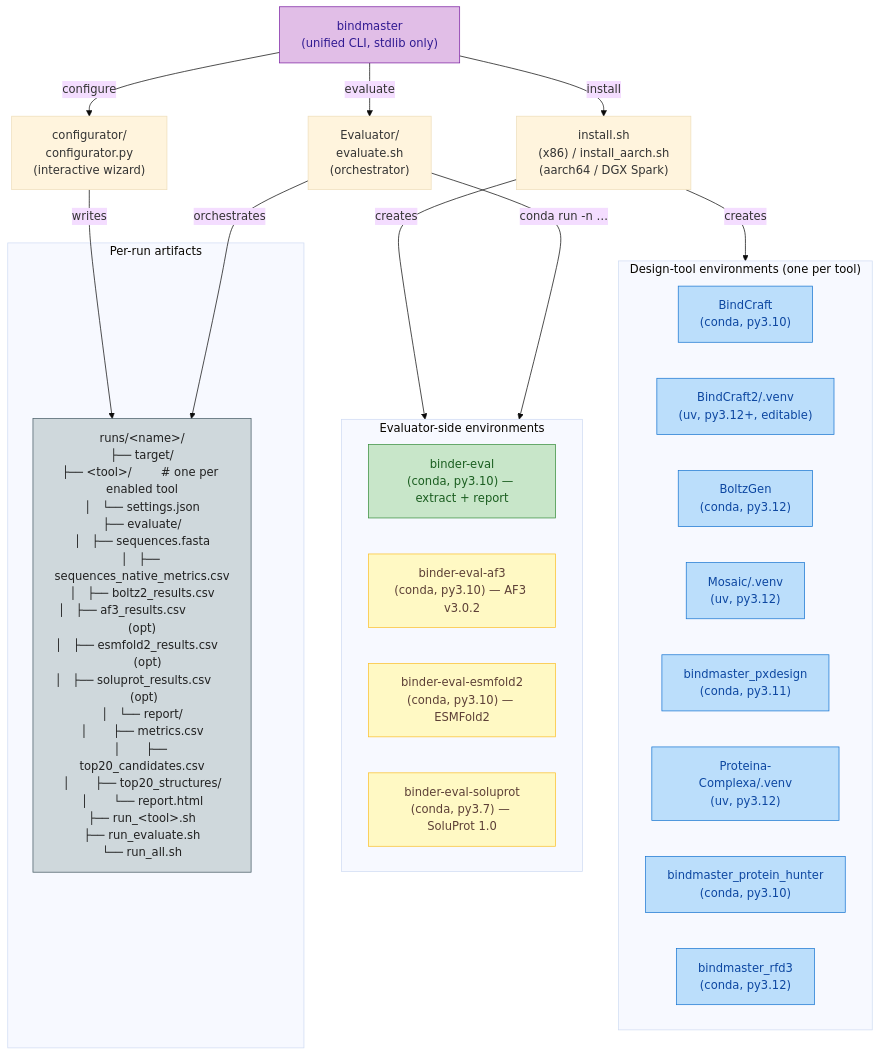
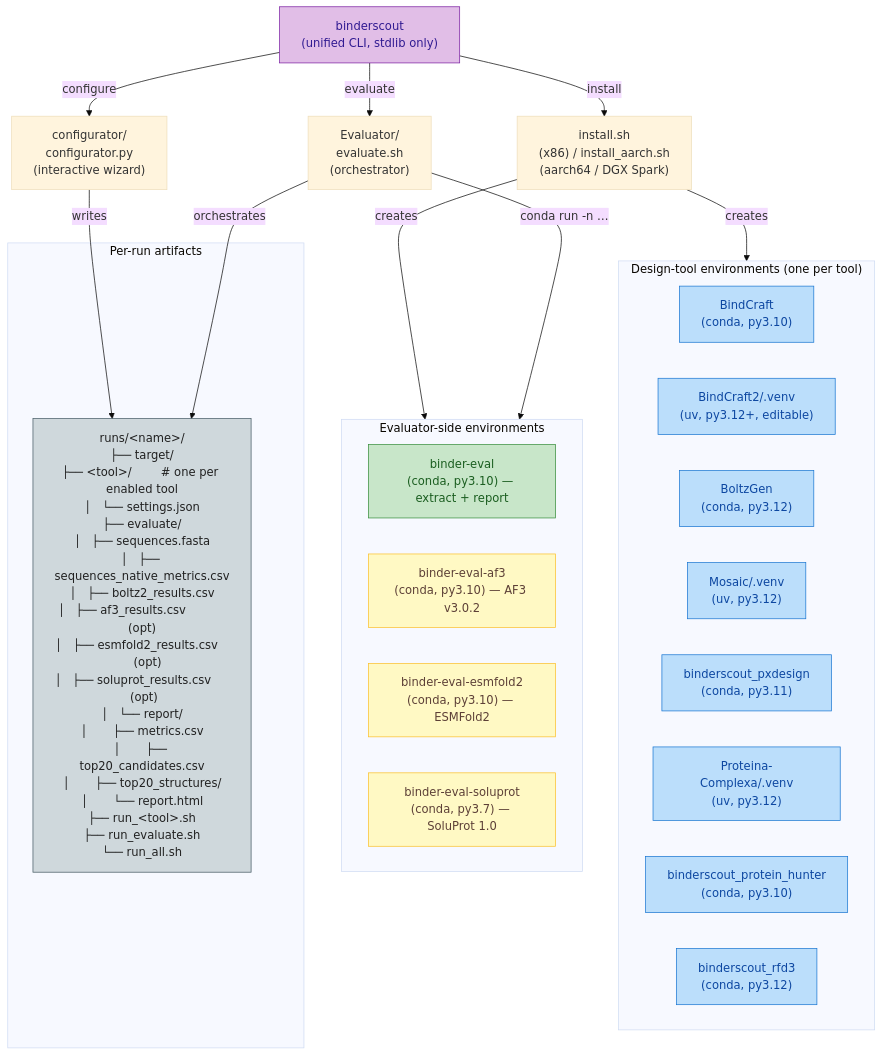
The second of 2 diagrams in README.md (damborik22/BinderScout), drawn with Mermaid (base theme) before and after one commit. The commit also changed other lines of this file and 147 other files, not shown here.

````diff
--- a/README.md
+++ b/README.md
@@ -118,42 +118,42 @@
 ```mermaid
 flowchart TB
     classDef gen fill:#bbdefb,stroke:#1976d2,color:#0d47a1
     classDef eng fill:#c8e6c9,stroke:#388e3c,color:#1b5e20
     classDef opt fill:#fff9c4,stroke:#fbc02d,color:#5d4037
     classDef cli fill:#e1bee7,stroke:#7b1fa2,color:#311b92
     classDef arti fill:#cfd8dc,stroke:#455a64,color:#212121
 
-    CLI["bindmaster\n(unified CLI, stdlib only)"]:::cli
+    CLI["binderscout\n(unified CLI, stdlib only)"]:::cli
 
     CLI -->|install| InstallSh["install.sh\n(x86) / install_aarch.sh\n(aarch64 / DGX Spark)"]
     CLI -->|configure| Configurator["configurator/\nconfigurator.py\n(interactive wizard)"]
     CLI -->|evaluate| EvaluateSh["Evaluator/\nevaluate.sh\n(orchestrator)"]
 
     subgraph GenEnvs["Design-tool environments (one per tool)"]
         EnvBC["BindCraft<br/>(conda, py3.10)"]:::gen
         EnvBC2["BindCraft2/.venv<br/>(uv, py3.12+, editable)"]:::gen
         EnvBG["BoltzGen<br/>(conda, py3.12)"]:::gen
         EnvMo["Mosaic/.venv<br/>(uv, py3.12)"]:::gen
-        EnvPX["bindmaster_pxdesign<br/>(conda, py3.11)"]:::gen
+        EnvPX["binderscout_pxdesign<br/>(conda, py3.11)"]:::gen
         EnvPC["Proteina-Complexa/.venv<br/>(uv, py3.12)"]:::gen
-        EnvPH["bindmaster_protein_hunter<br/>(conda, py3.10)"]:::gen
-        EnvRF["bindmaster_rfd3<br/>(conda, py3.12)"]:::gen
+        EnvPH["binderscout_protein_hunter<br/>(conda, py3.10)"]:::gen
+        EnvRF["binderscout_rfd3<br/>(conda, py3.12)"]:::gen
     end
 
     subgraph EvalEnvs["Evaluator-side environments"]
         EnvEv["binder-eval<br/>(conda, py3.10) — extract + report"]:::eng
         EnvAF3["binder-eval-af3<br/>(conda, py3.10) — AF3 v3.0.2"]:::opt
         EnvESM["binder-eval-esmfold2<br/>(conda, py3.10) — ESMFold2"]:::opt
         EnvSP["binder-eval-soluprot<br/>(conda, py3.7) — SoluProt 1.0"]:::opt
     end
 
     subgraph Artifacts["Per-run artifacts"]
         Runs["runs/&lt;name&gt;/\n├── target/\n├── &lt;tool&gt;/        # one per enabled tool\n│   └── settings.json\n├── evaluate/\n│   ├── sequences.fasta\n│   ├── sequences_native_metrics.csv\n│   ├── boltz2_results.csv\n│   ├── af3_results.csv           (opt)\n│   ├── esmfold2_results.csv      (opt)\n│   ├── soluprot_results.csv      (opt)\n│   └── report/\n│       ├── metrics.csv\n│       ├── top20_candidates.csv\n│       ├── top20_structures/\n│       └── report.html\n├── run_&lt;tool&gt;.sh\n├── run_evaluate.sh\n└── run_all.sh"]:::arti
     end
 
     InstallSh -->|creates| GenEnvs
     InstallSh -->|creates| EvalEnvs
     Configurator -->|writes| Runs
     EvaluateSh -->|orchestrates| Runs
     EvaluateSh -->|conda run -n …| EvalEnvs
 ```
````
